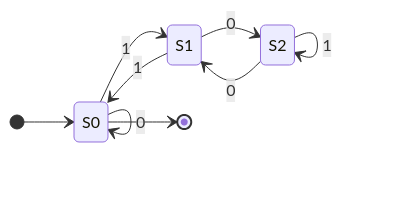
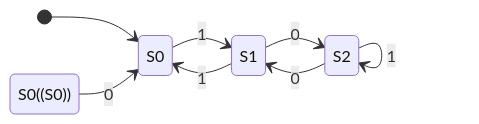
One commit to bradpenney/exploring_computer_science changed the third of 13 diagrams in docs/fundamentals/finite_state_machines.md. Above: the diagram before and after it, drawn with Mermaid. The commit also changed other lines of this file and 3 other files, not shown here.

````diff
--- a/docs/fundamentals/finite_state_machines.md
+++ b/docs/fundamentals/finite_state_machines.md
@@ -74,12 +76,11 @@
 ```mermaid
 stateDiagram-v2
     direction LR
     [*] --> S0
-    S0 --> S0: 0
+    S0((S0)) --> S0: 0
     S0 --> S1: 1
     S1 --> S2: 0
     S1 --> S0: 1
     S2 --> S1: 0
     S2 --> S2: 1
-    S0 --> [*]
 ```
````
